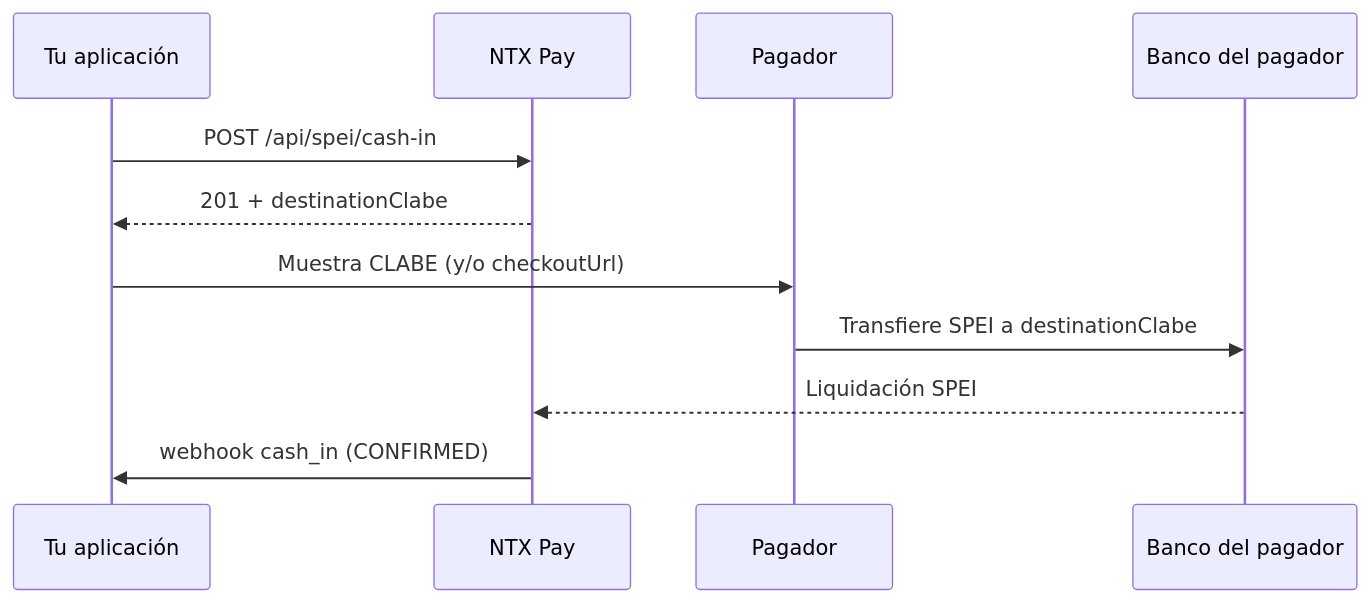
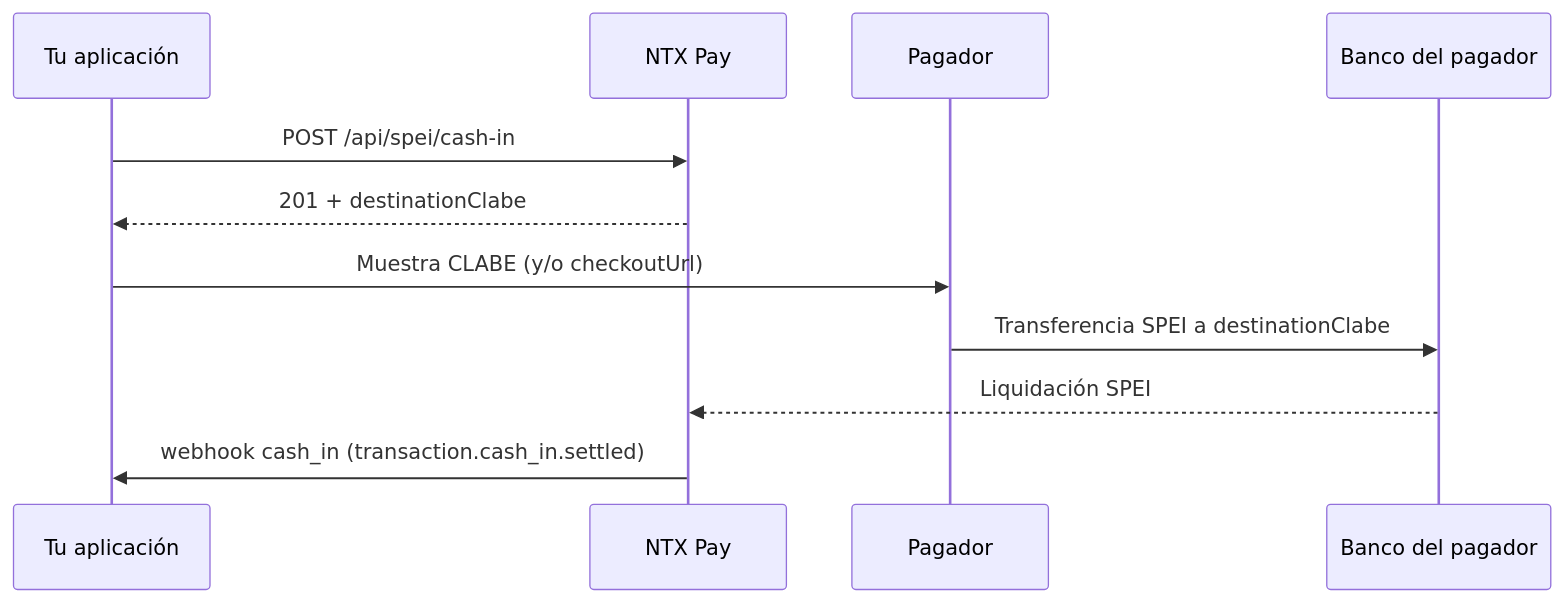
Before and after one commit to advanced-digital-services/docs: the diagram in es/guides/spei-cash-in.mdx, drawn with Mermaid. The commit also changed other lines of this file and 64 other files, not shown here.

````diff
--- a/es/guides/spei-cash-in.mdx
+++ b/es/guides/spei-cash-in.mdx
@@ -89,14 +91,14 @@
 ```mermaid
 sequenceDiagram
     participant App as Tu aplicación
     participant NTX as NTX Pay
-    participant Pagador
-    participant Banco as Banco del pagador
+    participant Payer as Pagador
+    participant Bank as Banco del pagador
 
     App->>NTX: POST /api/spei/cash-in
     NTX-->>App: 201 + destinationClabe
-    App->>Pagador: Muestra CLABE (y/o checkoutUrl)
-    Pagador->>Banco: Transfiere SPEI a destinationClabe
-    Banco-->>NTX: Liquidación SPEI
-    NTX->>App: webhook cash_in (CONFIRMED)
+    App->>Payer: Muestra CLABE (y/o checkoutUrl)
+    Payer->>Bank: Transferencia SPEI a destinationClabe
+    Bank-->>NTX: Liquidación SPEI
+    NTX->>App: webhook cash_in (transaction.cash_in.settled)
 ```
````
